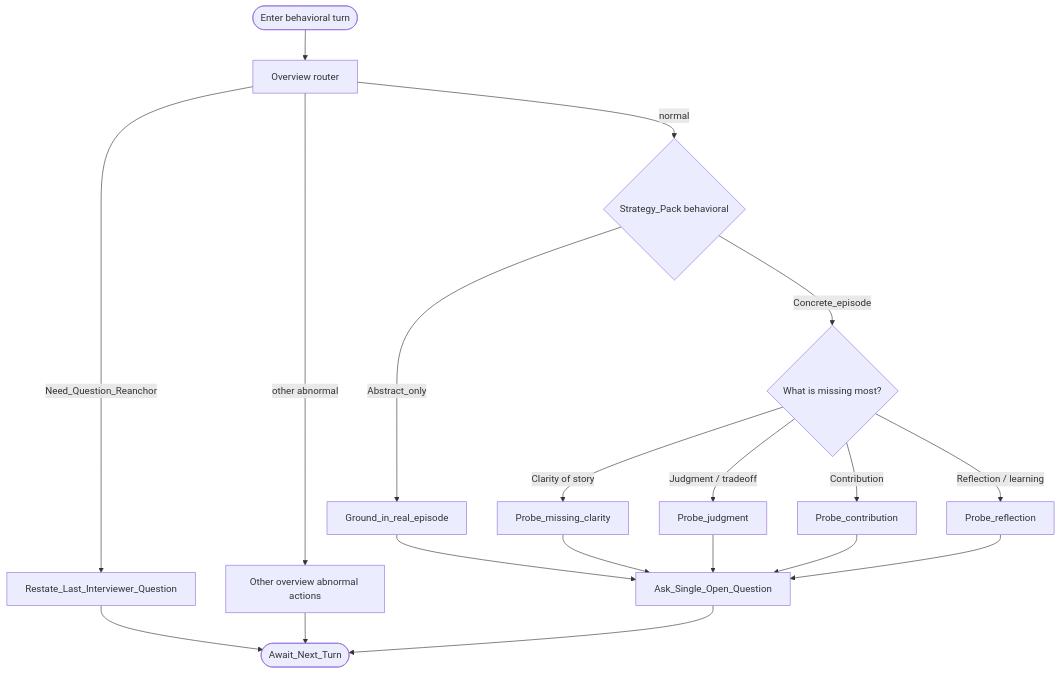
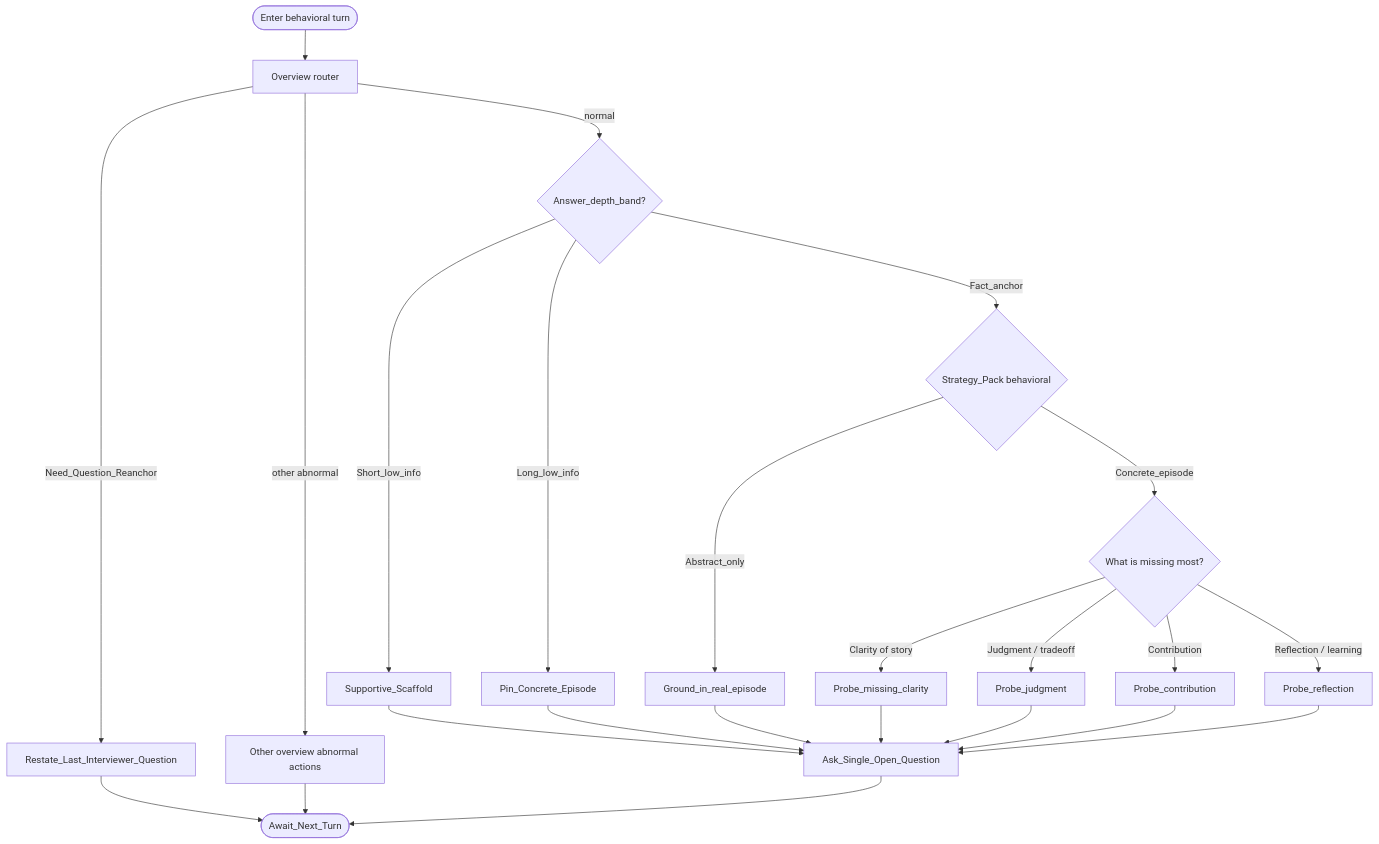
The diagram in maps/behavioral.md (yuanlin-82/ai-interview-decision-map), drawn with Mermaid before and after one commit. The commit also changed other lines of this file and 6 other files, not shown here.

First line of the commit message:
Add Normal-lane answer-depth routing to the follow-up decision map.

````diff
--- a/maps/behavioral.md
+++ b/maps/behavioral.md
@@ -5,24 +5,29 @@
 ```mermaid
 flowchart TD
   Start([Enter behavioral turn]) --> Ov[Overview router]
   Ov -->|Need_Question_Reanchor| R[Restate_Last_Interviewer_Question]
   Ov -->|other abnormal| Ab[Other overview abnormal actions]
-  Ov -->|normal| Pack{Strategy_Pack behavioral}
+  Ov -->|normal| Depth{Answer_depth_band?}
+  Depth -->|Short_low_info| Sc[Supportive_Scaffold]
+  Depth -->|Long_low_info| Pin[Pin_Concrete_Episode]
+  Depth -->|Fact_anchor| Pack{Strategy_Pack behavioral}
 
   Pack -->|Abstract_only| G[Ground_in_real_episode]
   Pack -->|Concrete_episode| D{What is missing most?}
 
   D -->|Clarity of story| D1[Probe_missing_clarity]
   D -->|Judgment / tradeoff| D2[Probe_judgment]
   D -->|Contribution| D3[Probe_contribution]
   D -->|Reflection / learning| D4[Probe_reflection]
 
-  G --> One[Ask_Single_Open_Question]
+  Sc --> One[Ask_Single_Open_Question]
+  Pin --> One
+  G --> One
   D1 --> One
   D2 --> One
   D3 --> One
   D4 --> One
   R --> Await([Await_Next_Turn])
   Ab --> Await
   One --> Await
 ```
````
